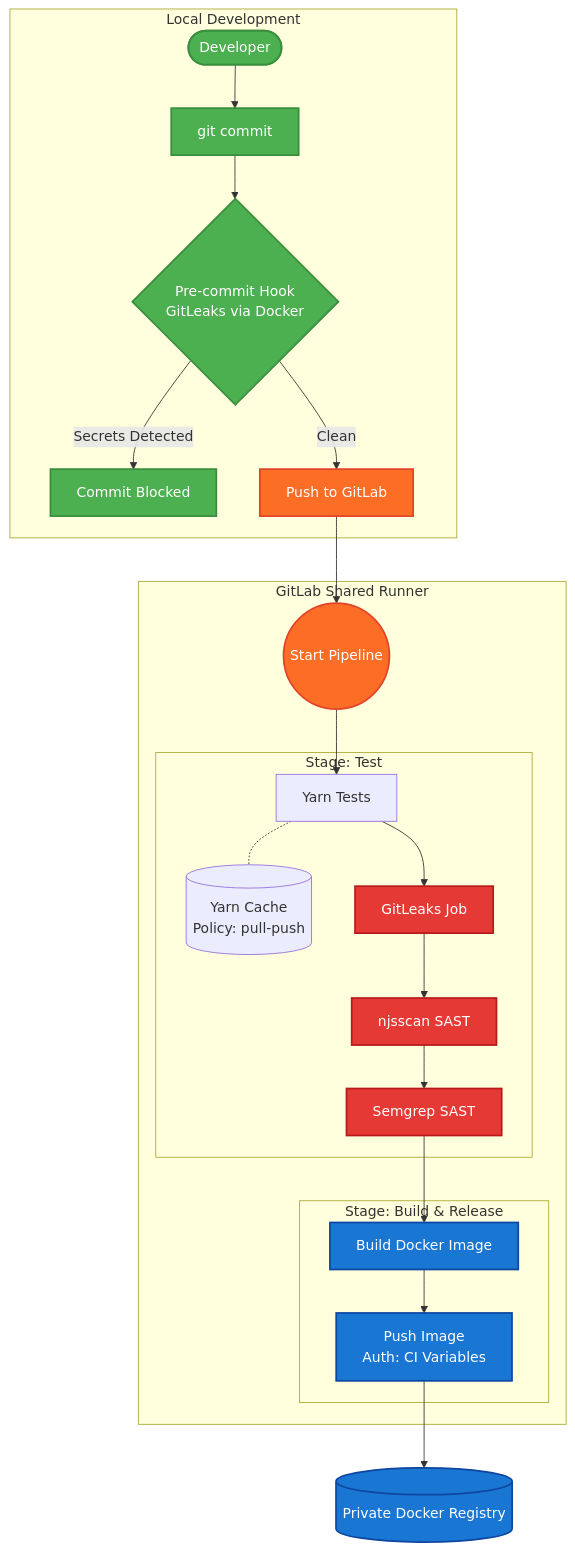
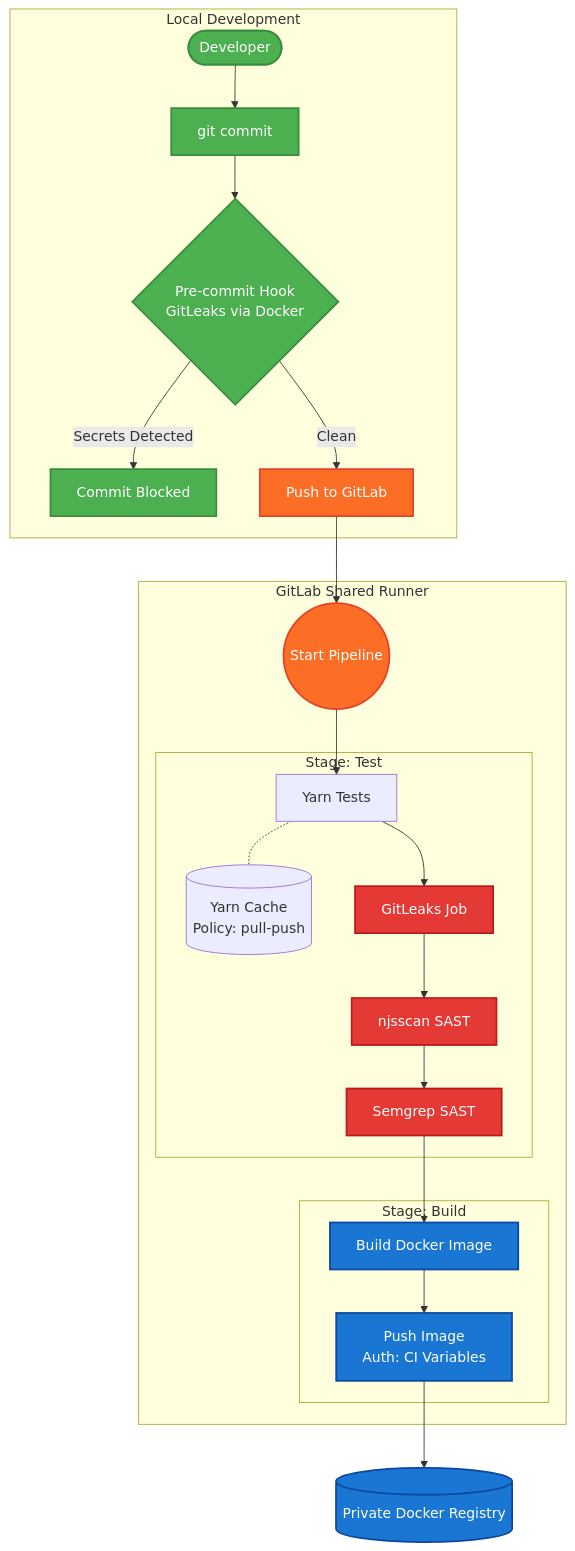
One commit to dominikjaro/devsecops-bootcamp-notes-overview changed the first of 3 diagrams in demo_projects_modules_overview.md. Above: the diagram before and after it, drawn with Mermaid. The commit also changed other lines of this file, not shown here.

````diff
--- a/demo_projects_modules_overview.md
+++ b/demo_projects_modules_overview.md
@@ -36,48 +40,48 @@
 ```mermaid
 flowchart TD
     subgraph Local Development
         Dev([Developer]) --> Commit[git commit]
         Commit --> PreCommit{Pre-commit Hook\nGitLeaks via Docker}
         PreCommit -- "Secrets Detected" --> Block[Commit Blocked]
         PreCommit -- "Clean" --> Push[Push to GitLab]
     end
 
     subgraph GitLab CI Pipeline [GitLab Shared Runner]
         Push --> PipelineStart((Start Pipeline))
 
         subgraph Stage: Test
             Cache[(Yarn Cache\nPolicy: pull-push)]
             Gitleaks[GitLeaks Job]
             YarnTest[Yarn Tests]
             Njsscan[njsscan SAST]
             Semgrep[Semgrep SAST]
 
             YarnTest -.- Cache
             
         end
 
-        subgraph Stage: Build & Release
+        subgraph Stage: Build
             DockerBuild[Build Docker Image]
             DockerPush[Push Image\nAuth: CI Variables]
             
             DockerBuild --> DockerPush
         end
 
         %% Test jobs run in order before the Build & Release stage
         PipelineStart --> YarnTest --> Gitleaks --> Njsscan --> Semgrep --> DockerBuild
     end
 
     %% Artifacts and External Systems
     DockerPush --> Registry[(Private Docker Registry)]
 
     %% Styling
     classDef gitlab fill:#FC6D26,stroke:#E24329,stroke-width:2px,color:white;
     classDef local fill:#4CAF50,stroke:#388E3C,stroke-width:2px,color:white;
     classDef security fill:#E53935,stroke:#B71C1C,stroke-width:2px,color:white;
     classDef build fill:#1976D2,stroke:#0D47A1,stroke-width:2px,color:white;
 
     class Push,PipelineStart gitlab;
     class Dev,Commit,PreCommit,Block local;
     class Gitleaks,Njsscan,Semgrep security;
     class DockerBuild,DockerPush,Registry build;
 ```
````
